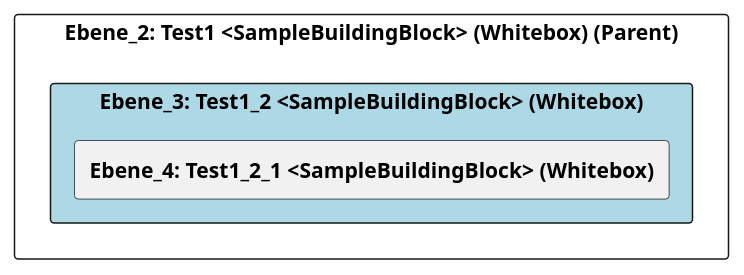
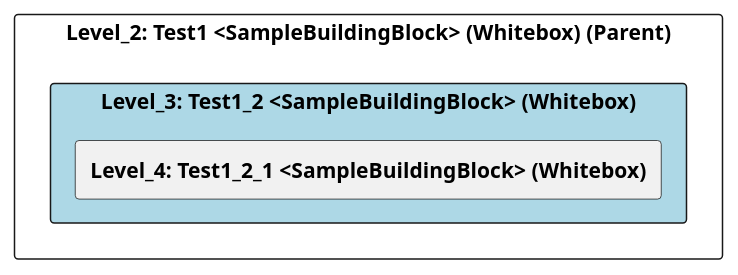
One commit to marcozwyssig/cleon changed the diagram in src/cleon.architecturemethods.arc42.sample/doc/cleon_architecturemethods_arc42_sample_arc42/adoc/de/05_bausteinsicht/chess/test1/test1_2/ebene_3_test1_2.adoc. Above: the diagram before and after it, drawn with PlantUML. The commit also changed other lines of this file and 83 other files, not shown here.

```diff
--- a/src/cleon.architecturemethods.arc42.sample/doc/cleon_architecturemethods_arc42_sample_arc42/adoc/de/05_bausteinsicht/chess/test1/test1_2/ebene_3_test1_2.adoc
+++ b/src/cleon.architecturemethods.arc42.sample/doc/cleon_architecturemethods_arc42_sample_arc42/adoc/de/05_bausteinsicht/chess/test1/test1_2/ebene_3_test1_2.adoc
@@ -20,24 +20,24 @@
-[plantuml, Ebene_3: Test1_2 <SampleBuildingBlock> (Whitebox)BlockOverview, format="svg"]
+[plantuml, Level_3: Test1_2 <SampleBuildingBlock> (Whitebox)BlockOverview, format="svg"]
 ----
-@startuml Ebene_3: Test1_2 <SampleBuildingBlock> (Whitebox)BuildingBlockOverview
+@startuml Level_3: Test1_2 <SampleBuildingBlock> (Whitebox)BuildingBlockOverview
 
 skinparam ranksep 10
 skinparam componentStyle rectangle
 skinparam shadowing false
 skinparam arrowColor lightblue
 skinparam arrowThickness 1.2
 skinparam rectangle {
   BackgroundColor White
   BorderColor #333
   RoundCorner 10
 }
 top to bottom direction
 
-component "Ebene_2: Test1 <SampleBuildingBlock> (Whitebox) (Parent)" {
-    component "Ebene_3: Test1_2 <SampleBuildingBlock> (Whitebox)" #lightblue {
-        [**Ebene_4: Test1_2_1 <SampleBuildingBlock> (Whitebox)**] as 4965EE24_D579_11EE_903E_9F564E4DE07E
+component "Level_2: Test1 <SampleBuildingBlock> (Whitebox) (Parent)" {
+    component "Level_3: Test1_2 <SampleBuildingBlock> (Whitebox)" #lightblue {
+        [**Level_4: Test1_2_1 <SampleBuildingBlock> (Whitebox)**] as 4965EE24_D579_11EE_903E_9F564E4DE07E
     }
 }
 
 @enduml
 ----
```
